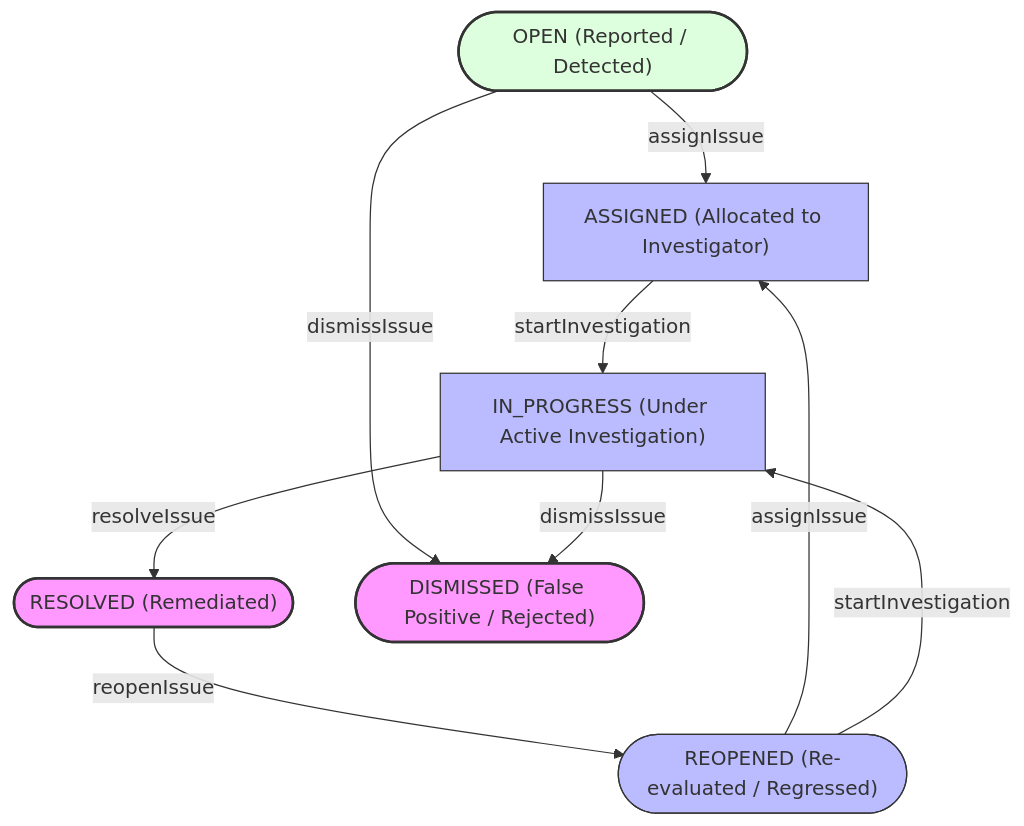
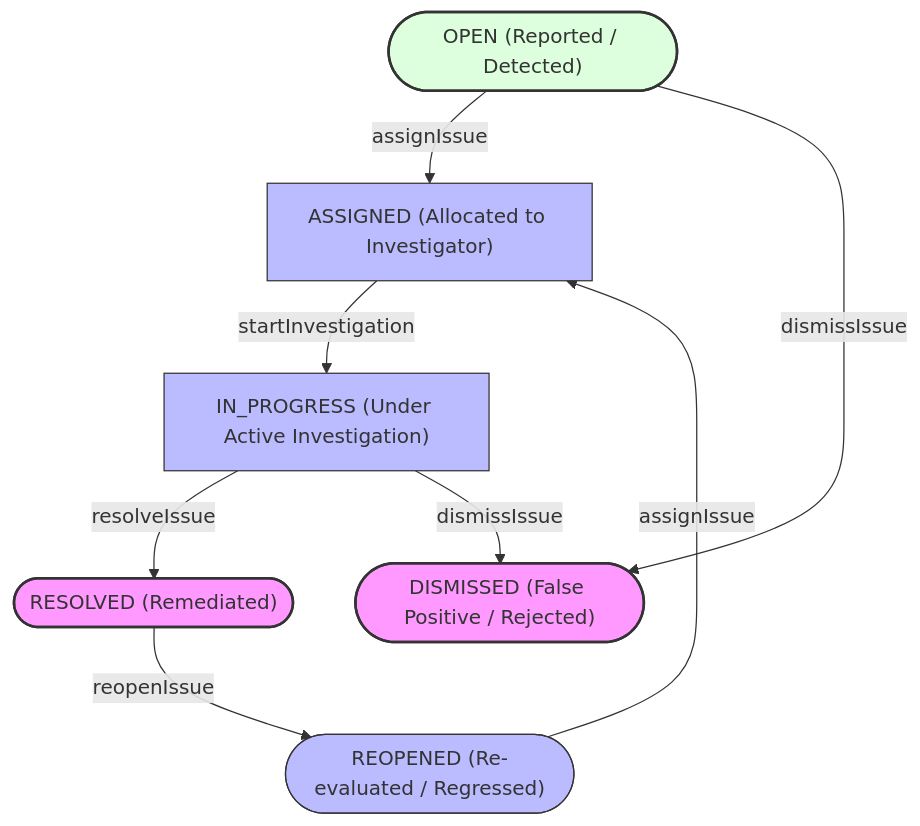
Before and after one commit to Strange01946/SIH-26135: the diagram in docs/phases/phase-28/phase-28-4-data-quality-issue-lifecycle-assignment-remediation-workflow-report.md, drawn with Mermaid. The commit also changed other lines of this file and 6 other files, not shown here.

````diff
--- a/docs/phases/phase-28/phase-28-4-data-quality-issue-lifecycle-assignment-remediation-workflow-report.md
+++ b/docs/phases/phase-28/phase-28-4-data-quality-issue-lifecycle-assignment-remediation-workflow-report.md
@@ -39,20 +54,19 @@
 ```mermaid
 flowchart TD
     OPEN(["OPEN (Reported / Detected)"]) -->|assignIssue| ASSIGNED["ASSIGNED (Allocated to Investigator)"]
     ASSIGNED -->|startInvestigation| IN_PROGRESS["IN_PROGRESS (Under Active Investigation)"]
     IN_PROGRESS -->|resolveIssue| RESOLVED(["RESOLVED (Remediated)"])
     RESOLVED -->|reopenIssue| REOPENED(["REOPENED (Re-evaluated / Regressed)"])
     REOPENED -->|assignIssue| ASSIGNED
-    REOPENED -->|startInvestigation| IN_PROGRESS
     
     OPEN -->|dismissIssue| DISMISSED(["DISMISSED (False Positive / Rejected)"])
     IN_PROGRESS -->|dismissIssue| DISMISSED
 
     classDef terminal fill:#f9f,stroke:#333,stroke-width:2px;
     classDef intermediate fill:#bbf,stroke:#333,stroke-width:1px;
     classDef initial fill:#dfd,stroke:#333,stroke-width:2px;
     
     class OPEN initial;
     class ASSIGNED,IN_PROGRESS,REOPENED intermediate;
     class RESOLVED,DISMISSED terminal;
 ```
````
